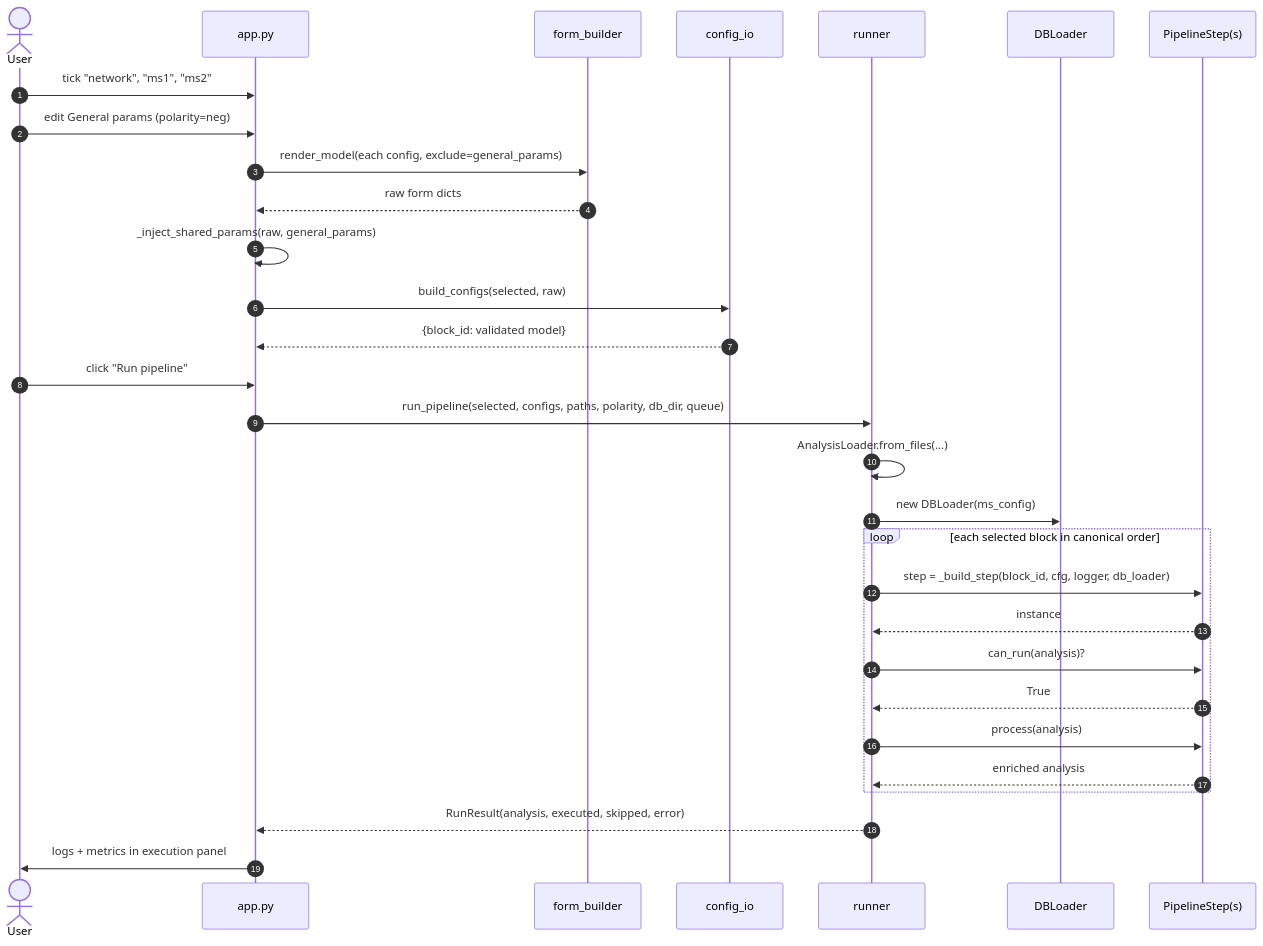
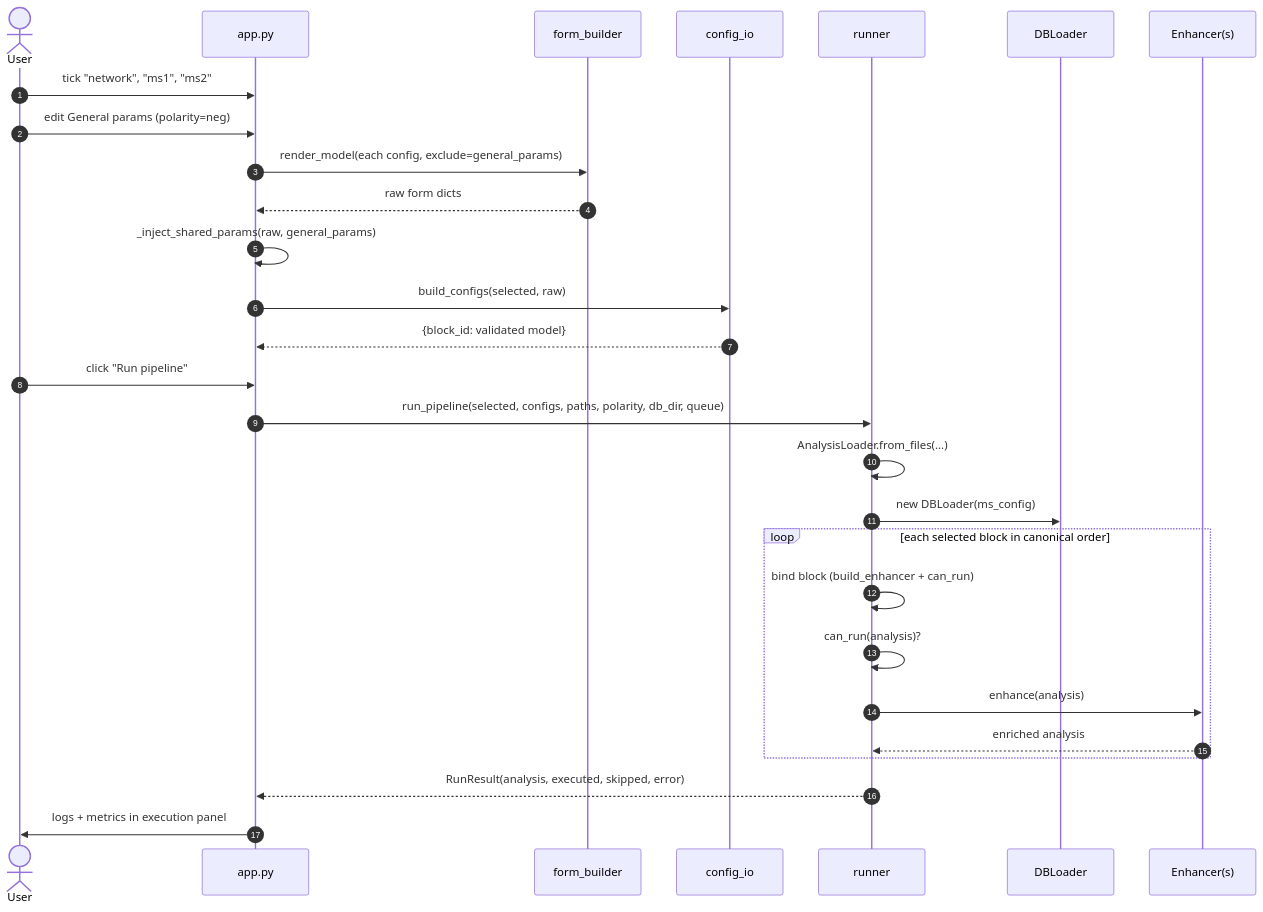
One commit to llegregam/enpkg_full changed the third of 3 diagrams in enpkg/monolith/gui/ARCHITECTURE.md. Above: the diagram before and after it, drawn with Mermaid. The commit also changed other lines of this file and 23 other files, not shown here.

````diff
--- a/enpkg/monolith/gui/ARCHITECTURE.md
+++ b/enpkg/monolith/gui/ARCHITECTURE.md
@@ -288,33 +299,31 @@
 ```mermaid
 sequenceDiagram
     autonumber
     actor U as User
     participant A as app.py
     participant F as form_builder
     participant I as config_io
     participant R as runner
     participant DB as DBLoader
-    participant S as PipelineStep(s)
+    participant S as Enhancer(s)
 
     U->>A: tick "network", "ms1", "ms2"
     U->>A: edit General params (polarity=neg)
     A->>F: render_model(each config, exclude=general_params)
     F-->>A: raw form dicts
     A->>A: _inject_shared_params(raw, general_params)
     A->>I: build_configs(selected, raw)
     I-->>A: {block_id: validated model}
     U->>A: click "Run pipeline"
     A->>R: run_pipeline(selected, configs, paths, polarity, db_dir, queue)
     R->>R: AnalysisLoader.from_files(...)
     R->>DB: new DBLoader(ms_config)
     loop each selected block in canonical order
-        R->>S: step = _build_step(block_id, cfg, logger, db_loader)
-        S-->>R: instance
-        R->>S: can_run(analysis)?
-        S-->>R: True
-        R->>S: process(analysis)
+        R->>R: bind block (build_enhancer + can_run)
+        R->>R: can_run(analysis)?
+        R->>S: enhance(analysis)
         S-->>R: enriched analysis
     end
     R-->>A: RunResult(analysis, executed, skipped, error)
     A->>U: logs + metrics in execution panel
 ```
````
